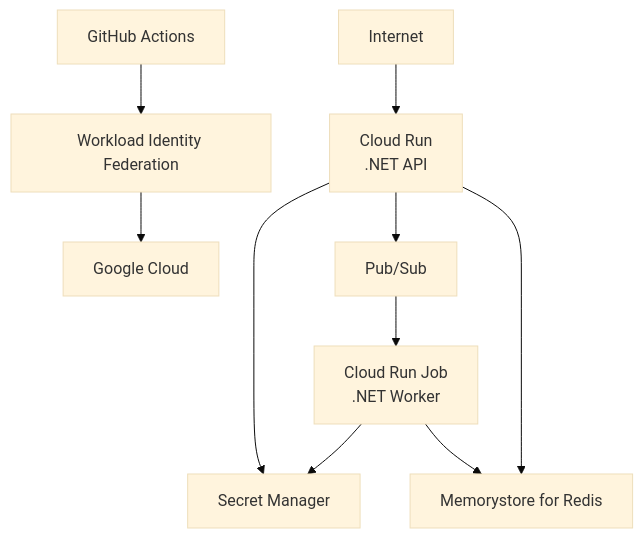
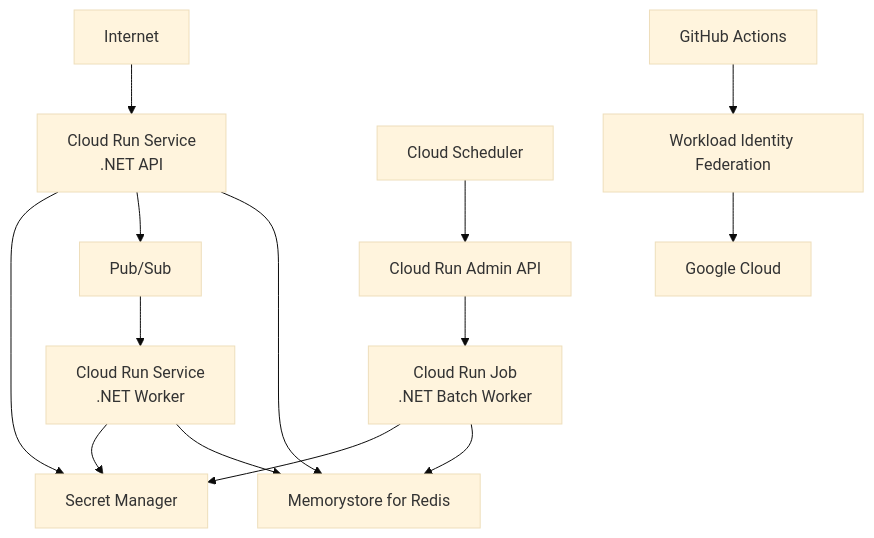
Before and after one commit to rodri-oliveira-dev/terraform-gcp-dotnet-blueprint: the diagram in README.md, drawn with Mermaid (base theme). The commit also changed other lines of this file, not shown here.

Commit message:
fix: model supported Pub/Sub and Cloud Run Job triggers

````diff
--- a/README.md
+++ b/README.md
@@ -26,13 +26,19 @@
 ```mermaid
 flowchart TD
-    Internet[Internet] --> API[Cloud Run\n.NET API]
+    Internet[Internet] --> API[Cloud Run Service\n.NET API]
     API --> Secrets[Secret Manager]
     API --> PubSub[Pub/Sub]
     API --> Redis[Memorystore for Redis]
-    PubSub --> Worker[Cloud Run Job\n.NET Worker]
+
+    PubSub --> Worker[Cloud Run Service\n.NET Worker]
     Worker --> Secrets
     Worker --> Redis
+
+    Scheduler[Cloud Scheduler] --> JobAPI[Cloud Run Admin API]
+    JobAPI --> Batch[Cloud Run Job\n.NET Batch Worker]
+    Batch --> Secrets
+    Batch --> Redis
 
     GitHub[GitHub Actions] --> WIF[Workload Identity Federation]
     WIF --> GCP[Google Cloud]
 ```
````
